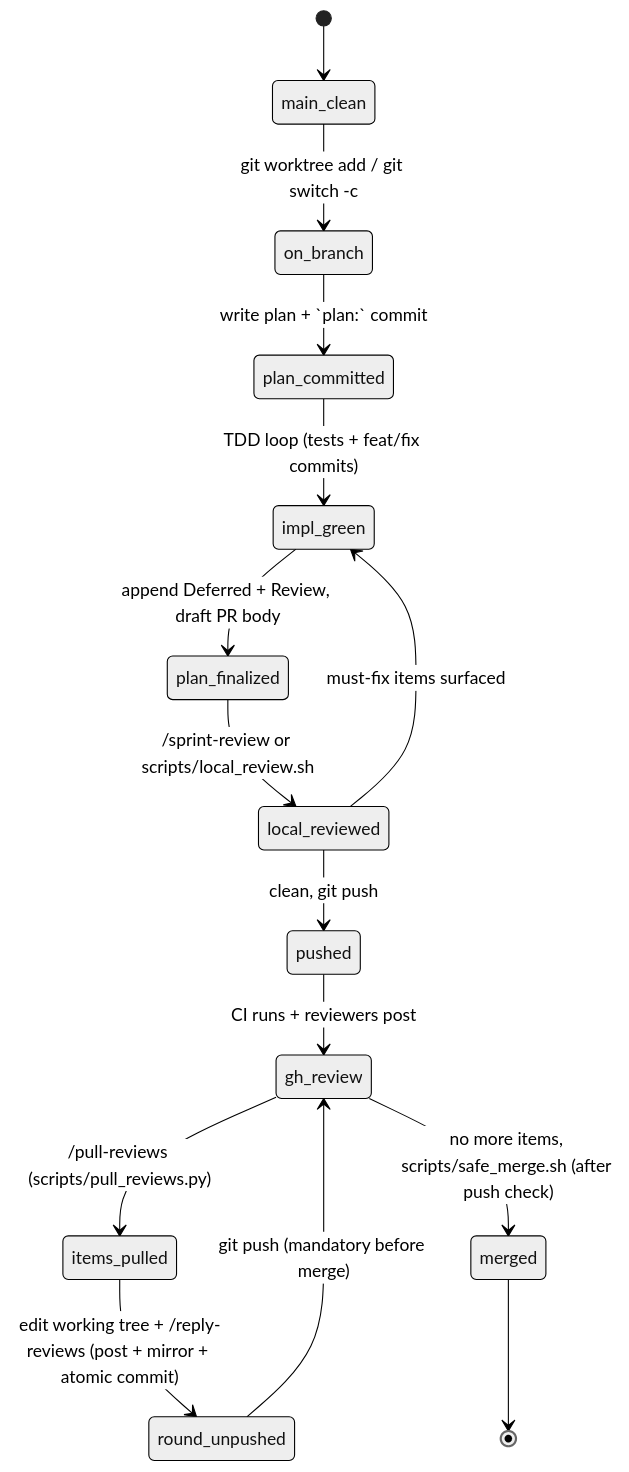
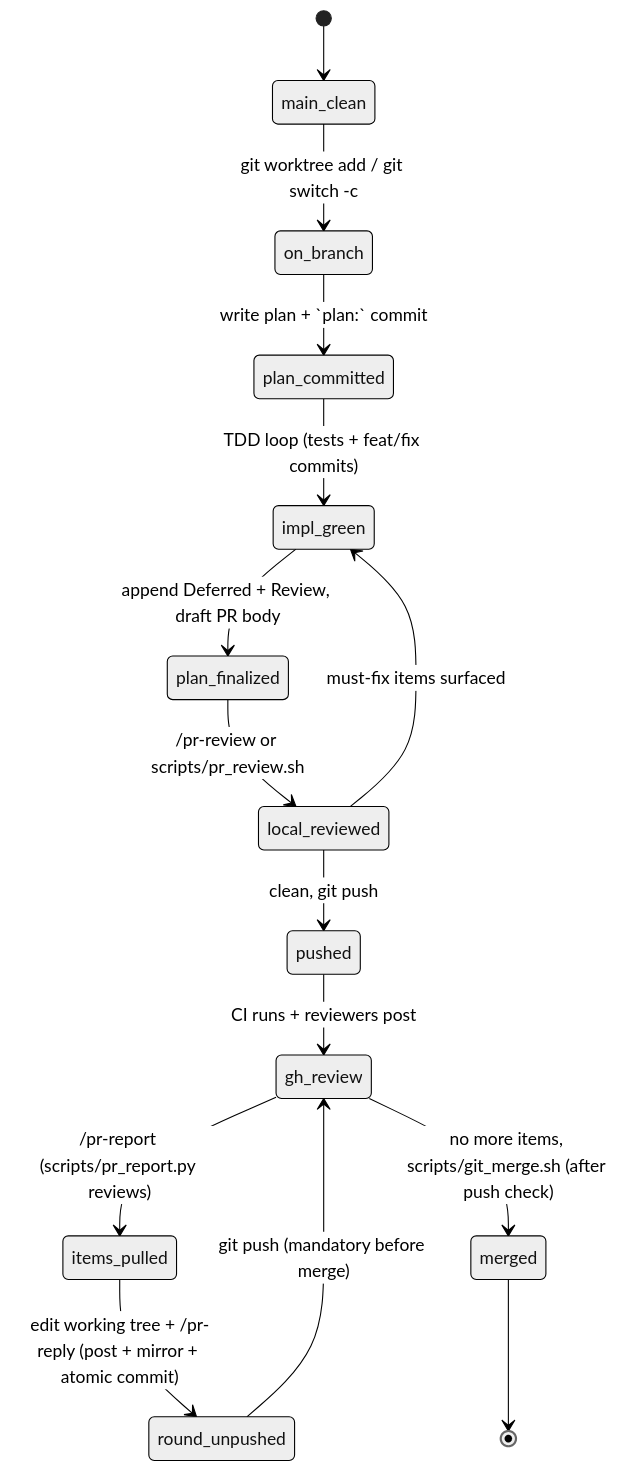
Before and after one commit to cmk/template-rust: the first of 2 diagrams in doc/workflow.md, drawn with Mermaid (neutral theme). The commit also changed other lines of this file and 43 other files, not shown here.

````diff
--- a/doc/workflow.md
+++ b/doc/workflow.md
@@ -18,17 +18,17 @@
 ```mermaid
 stateDiagram-v2
     [*] --> main_clean
     main_clean --> on_branch: git worktree add / git switch -c
     on_branch --> plan_committed: write plan + `plan:` commit
     plan_committed --> impl_green: TDD loop (tests + feat/fix commits)
     impl_green --> plan_finalized: append Deferred + Review, draft PR body
-    plan_finalized --> local_reviewed: /sprint-review or scripts/local_review.sh
+    plan_finalized --> local_reviewed: /pr-review or scripts/pr_review.sh
     local_reviewed --> impl_green: must-fix items surfaced
     local_reviewed --> pushed: clean, git push
     pushed --> gh_review: CI runs + reviewers post
-    gh_review --> items_pulled: /pull-reviews (scripts/pull_reviews.py)
-    items_pulled --> round_unpushed: edit working tree + /reply-reviews (post + mirror + atomic commit)
+    gh_review --> items_pulled: /pr-report (scripts/pr_report.py reviews)
+    items_pulled --> round_unpushed: edit working tree + /pr-reply (post + mirror + atomic commit)
     round_unpushed --> gh_review: git push (mandatory before merge)
-    gh_review --> merged: no more items, scripts/safe_merge.sh (after push check)
+    gh_review --> merged: no more items, scripts/git_merge.sh (after push check)
     merged --> [*]
 ```
````
